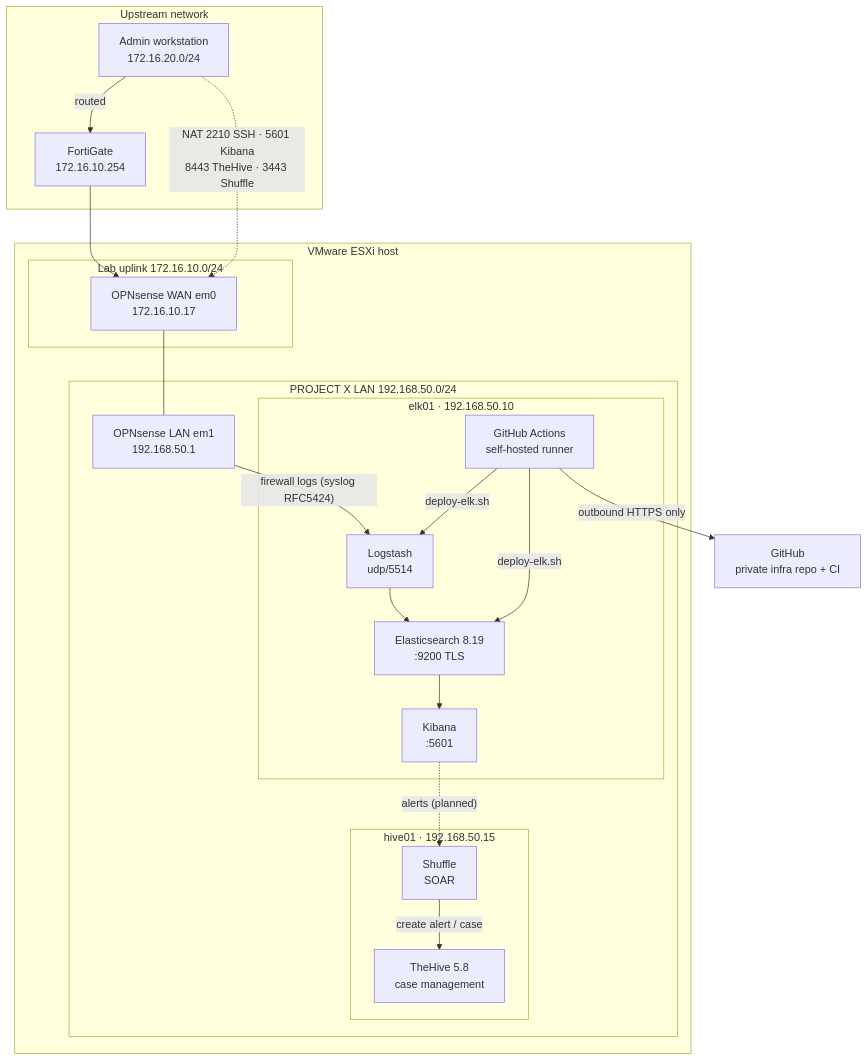
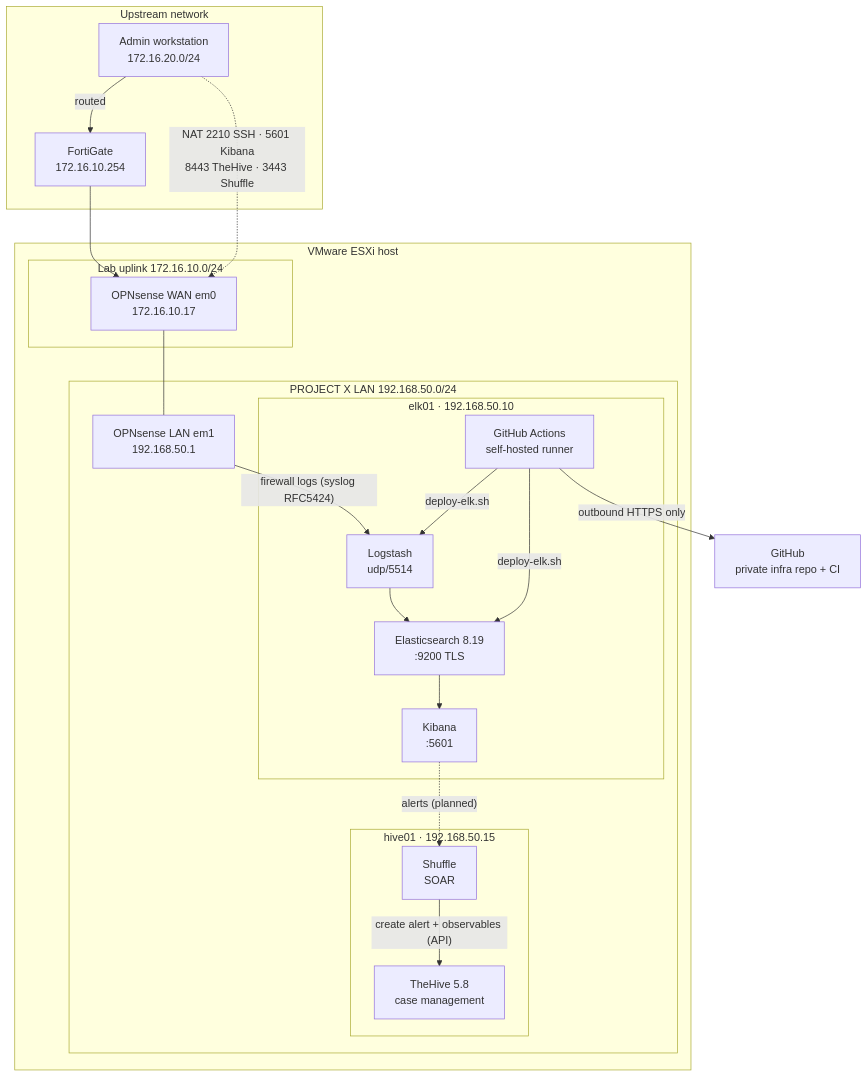
Before and after one commit to PENDUSTAA/ProjectX-NextGen-SOC: the diagram in README.md, drawn with Mermaid. The commit also changed other lines of this file and 1 other file, not shown here.

Commit message:
hive01: Shuffle -> TheHive integration working; alert body and troubleshooting

````diff
--- a/README.md
+++ b/README.md
@@ -9,38 +9,38 @@
 ```mermaid
 flowchart TB
     subgraph Upstream["Upstream network"]
         FGT["FortiGate<br/>172.16.10.254"]
         ADMIN["Admin workstation<br/>172.16.20.0/24"]
     end
 
     subgraph ESXi["VMware ESXi host"]
         subgraph Uplink["Lab uplink 172.16.10.0/24"]
             WAN["OPNsense WAN em0<br/>172.16.10.17"]
         end
         subgraph LAN["PROJECT X LAN 192.168.50.0/24"]
             OPNL["OPNsense LAN em1<br/>192.168.50.1"]
             subgraph ELK01["elk01 · 192.168.50.10"]
                 LS["Logstash<br/>udp/5514"]
                 ES["Elasticsearch 8.19<br/>:9200 TLS"]
                 KB["Kibana<br/>:5601"]
                 RUN["GitHub Actions<br/>self-hosted runner"]
             end
             subgraph HIVE01["hive01 · 192.168.50.15"]
                 TH["TheHive 5.8<br/>case management"]
                 SH["Shuffle<br/>SOAR"]
             end
         end
     end
 
     GH["GitHub<br/>private infra repo + CI"]
 
     ADMIN -- routed --> FGT --> WAN
     WAN --- OPNL
     OPNL -- "firewall logs (syslog RFC5424)" --> LS --> ES --> KB
     ADMIN -. "NAT 2210 SSH · 5601 Kibana<br/>8443 TheHive · 3443 Shuffle" .-> WAN
     KB -. "alerts (planned)" .-> SH
-    SH -- "create alert / case" --> TH
+    SH -- "create alert + observables (API)" --> TH
     RUN -- "outbound HTTPS only" --> GH
     RUN -- "deploy-elk.sh" --> LS
     RUN -- "deploy-elk.sh" --> ES
 ```
````
